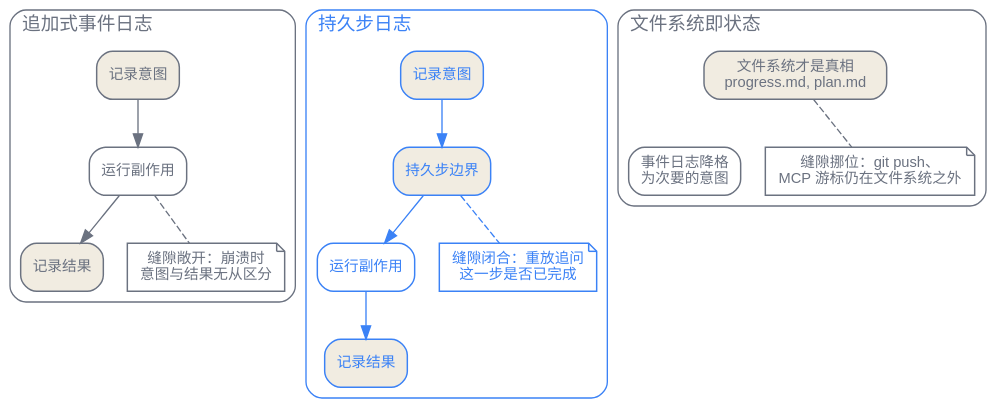
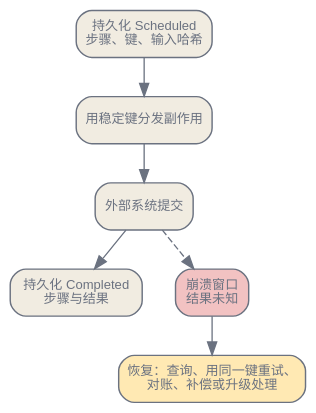
The second of 4 diagrams in zh/orchestration/03-memory-systems.qmd (latere-ai/ai-as-an-infrastructure), drawn with Graphviz before and after one commit. The commit also changed other lines of this file and 2 other files, not shown here.

Commit message:
docs: rewrite Chinese memory systems chapter

````diff
--- a/zh/orchestration/03-memory-systems.qmd
+++ b/zh/orchestration/03-memory-systems.qmd
@@ -56,52 +59,23 @@
 ```{dot}
-//| label: fig-memory-durability-models
-//| fig-cap: "三种持久性模型在相对副作用记录什么上各有不同，这决定了意图与结果之缝隙落在何处。"
-digraph durability {
+//| label: fig-memory-unknown-effect
+//| fig-cap: "持久日志能区分已安排和已完成的工作，但如果外部系统提交后、结果持久化前发生崩溃，最终结果仍然未知。"
+digraph {
+    bgcolor="transparent";
     rankdir=TB;
-    bgcolor="transparent";
-    node [shape=box, style="rounded,filled", fontname="Helvetica", fontsize=11, color="#6b7280", fontcolor="#6b7280", fillcolor="#ffffff", penwidth=1.1];
-    edge [fontname="Helvetica", fontsize=10, color="#6b7280", fontcolor="#6b7280"];
+    size="3.2,8.0";
+    nodesep=0.35; ranksep=0.42;
+    node [shape=box, style="rounded,filled", fontname="Helvetica", fontsize=10, color="#6b7280", fontcolor="#6b7280", fillcolor="#f1ece1", penwidth=1.1];
+    edge [fontsize=9, fontname="Helvetica", color="#6b7280", fontcolor="#6b7280"];
 
-    subgraph cluster_log {
-        label="追加式事件日志";
-        labeljust="l";
-        style="rounded";
-        color="#6b7280";
-        fontcolor="#6b7280";
-        a_intent [label="记录意图", fillcolor="#f1ece1"];
-        a_effect [label="运行副作用"];
-        a_result [label="记录结果", fillcolor="#f1ece1"];
-        a_intent -> a_effect -> a_result;
-        a_gap [label="缝隙敞开：崩溃时\n意图与结果无从区分", shape=note];
-        a_effect -> a_gap [style=dashed, arrowhead=none];
-    }
+    S [label="持久化 Scheduled\n步骤、键、输入哈希"];
+    D [label="用稳定键分发副作用"];
+    X [label="外部系统提交"];
+    C [label="持久化 Completed\n步骤与结果"];
+    U [label="崩溃窗口\n结果未知", fillcolor="#f2c2c2"];
+    R [label="恢复：查询、用同一键重试、\n对账、补偿或升级处理", fillcolor="#ffe9b3"];
 
-    subgraph cluster_step {
-        label="持久步日志";
-        labeljust="l";
-        style="rounded";
-        color="#3b82f6";
-        fontcolor="#3b82f6";
-        b_intent [label="记录意图", fillcolor="#f1ece1", color="#3b82f6", fontcolor="#3b82f6"];
-        b_bound [label="持久步边界", fillcolor="#f1ece1", color="#3b82f6", fontcolor="#3b82f6"];
-        b_effect [label="运行副作用", color="#3b82f6", fontcolor="#3b82f6"];
-        b_result [label="记录结果", fillcolor="#f1ece1", color="#3b82f6", fontcolor="#3b82f6"];
-        b_intent -> b_bound -> b_effect -> b_result [color="#3b82f6"];
-        b_gap [label="缝隙闭合：重放追问\n这一步是否已完成", shape=note, color="#3b82f6", fontcolor="#3b82f6"];
-        b_bound -> b_gap [style=dashed, arrowhead=none, color="#3b82f6"];
-    }
-
-    subgraph cluster_fs {
-        label="文件系统即状态";
-        labeljust="l";
-        style="rounded";
-        color="#6b7280";
-        fontcolor="#6b7280";
-        c_fs [label="文件系统才是真相\nprogress.md, plan.md", fillcolor="#f1ece1"];
-        c_log [label="事件日志降格\n为次要的意图"];
-        c_fs -> c_log [style=invis];
-        c_gap [label="缝隙挪位：git push、\nMCP 游标仍在文件系统之外", shape=note];
-        c_fs -> c_gap [style=dashed, arrowhead=none];
-    }
+    S -> D -> X -> C;
+    X -> U [style=dashed];
+    U -> R;
 }
 ```
````
